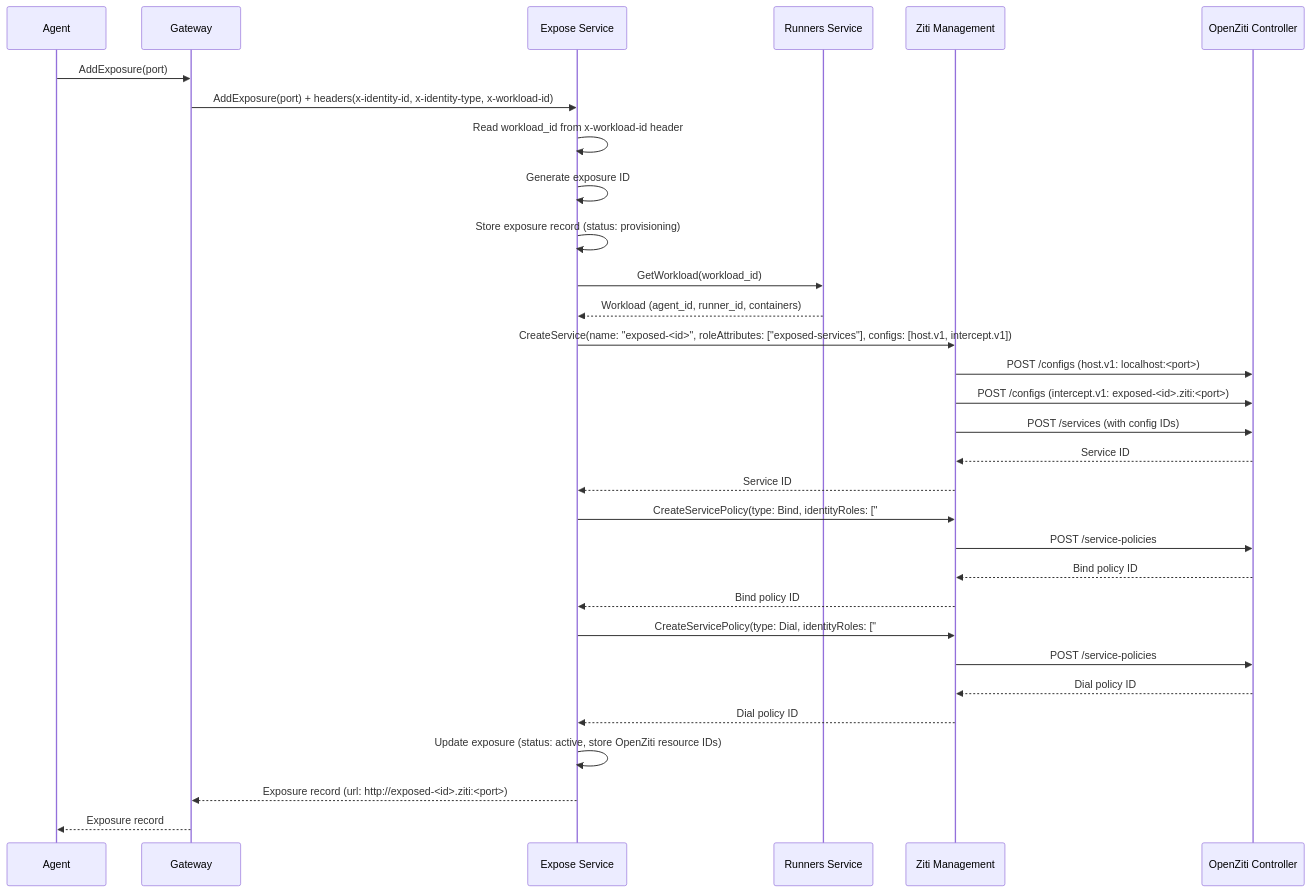
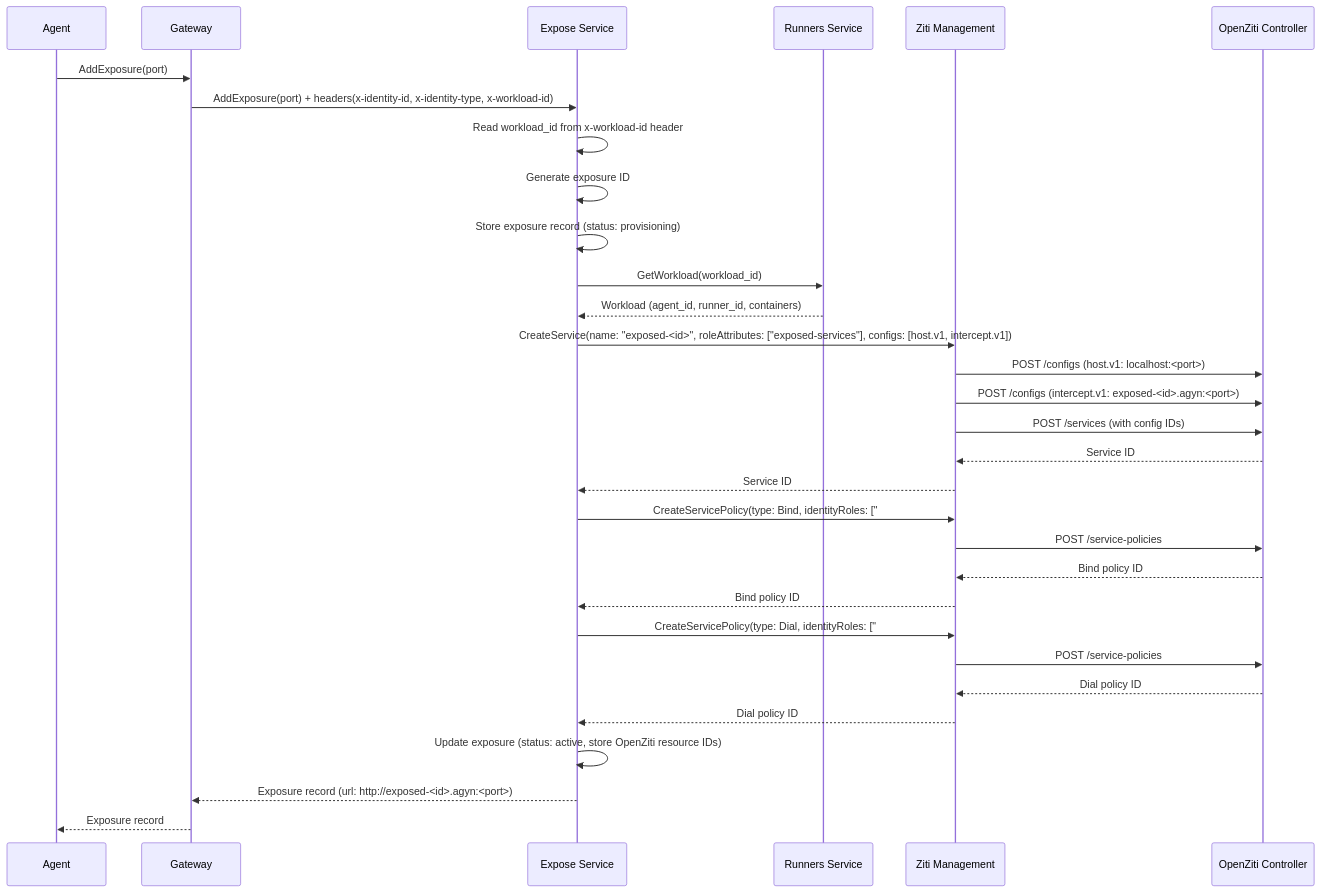
The second of 4 diagrams in architecture/expose-service.md (agynio/architecture), drawn with Mermaid before and after one commit. The commit also changed other lines of this file and 25 other files, not shown here.

First line of the commit message:
Name the overlay .agyn, not .ziti

````diff
--- a/architecture/expose-service.md
+++ b/architecture/expose-service.md
@@ -70,38 +70,38 @@
 ```mermaid
 sequenceDiagram
     participant A as Agent
     participant GW as Gateway
     participant ES as Expose Service
     participant RS as Runners Service
     participant ZM as Ziti Management
     participant ZC as OpenZiti Controller
 
     A->>GW: AddExposure(port)
     GW->>ES: AddExposure(port) + headers(x-identity-id, x-identity-type, x-workload-id)
     ES->>ES: Read workload_id from x-workload-id header
     ES->>ES: Generate exposure ID
     ES->>ES: Store exposure record (status: provisioning)
     ES->>RS: GetWorkload(workload_id)
     RS-->>ES: Workload (agent_id, runner_id, containers)
 
     ES->>ZM: CreateService(name: "exposed-<id>", roleAttributes: ["exposed-services"], configs: [host.v1, intercept.v1])
     ZM->>ZC: POST /configs (host.v1: localhost:<port>)
-    ZM->>ZC: POST /configs (intercept.v1: exposed-<id>.ziti:<port>)
+    ZM->>ZC: POST /configs (intercept.v1: exposed-<id>.agyn:<port>)
     ZM->>ZC: POST /services (with config IDs)
     ZC-->>ZM: Service ID
     ZM-->>ES: Service ID
 
     ES->>ZM: CreateServicePolicy(type: Bind, identityRoles: ["#workload-<workloadId>"], serviceRoles: ["@exposed-<id>"])
     ZM->>ZC: POST /service-policies
     ZC-->>ZM: Bind policy ID
     ZM-->>ES: Bind policy ID
 
     ES->>ZM: CreateServicePolicy(type: Dial, identityRoles: ["#all"], serviceRoles: ["@exposed-<id>"])
     ZM->>ZC: POST /service-policies
     ZC-->>ZM: Dial policy ID
     ZM-->>ES: Dial policy ID
 
     ES->>ES: Update exposure (status: active, store OpenZiti resource IDs)
-    ES-->>GW: Exposure record (url: http://exposed-<id>.ziti:<port>)
+    ES-->>GW: Exposure record (url: http://exposed-<id>.agyn:<port>)
     GW-->>A: Exposure record
 ```
````
